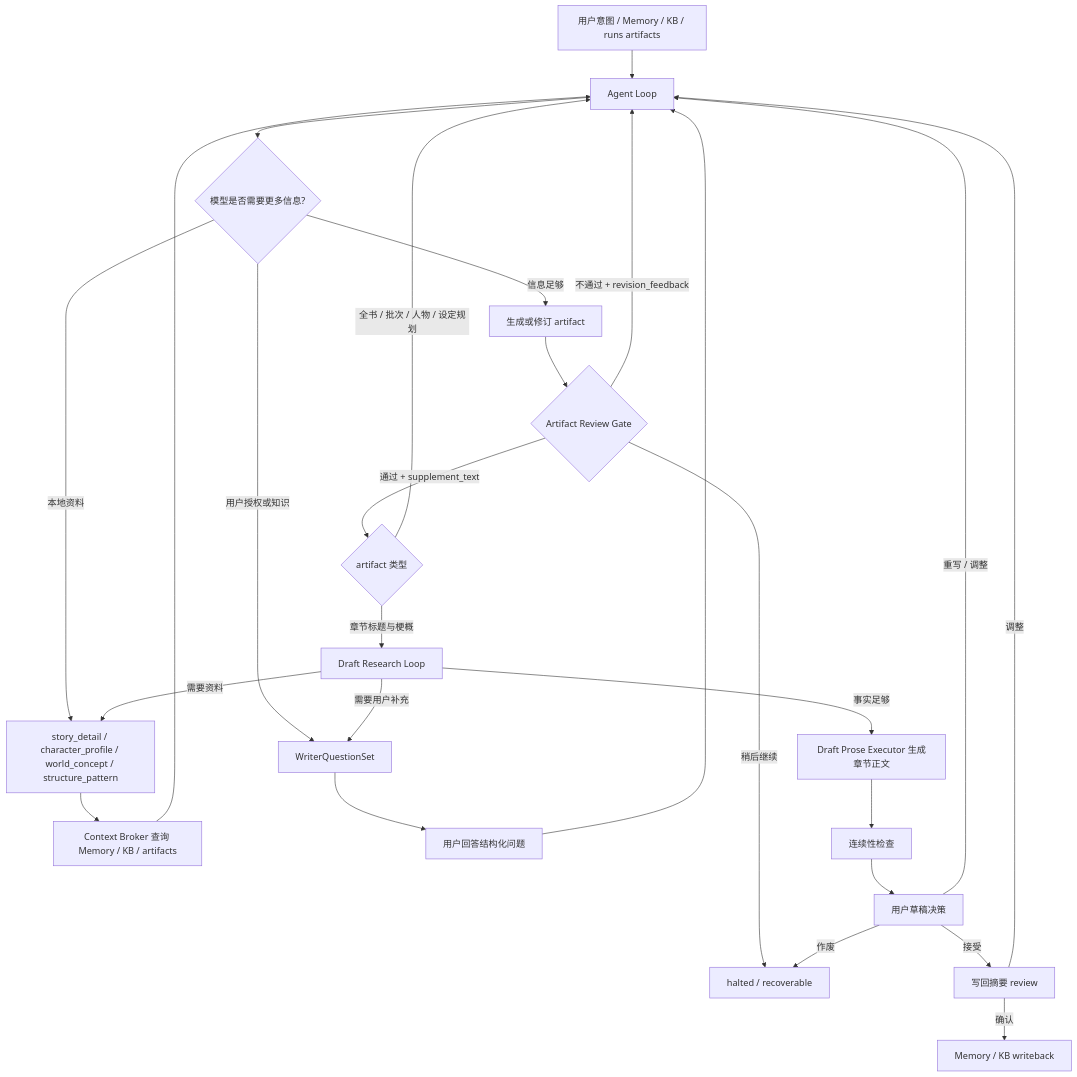
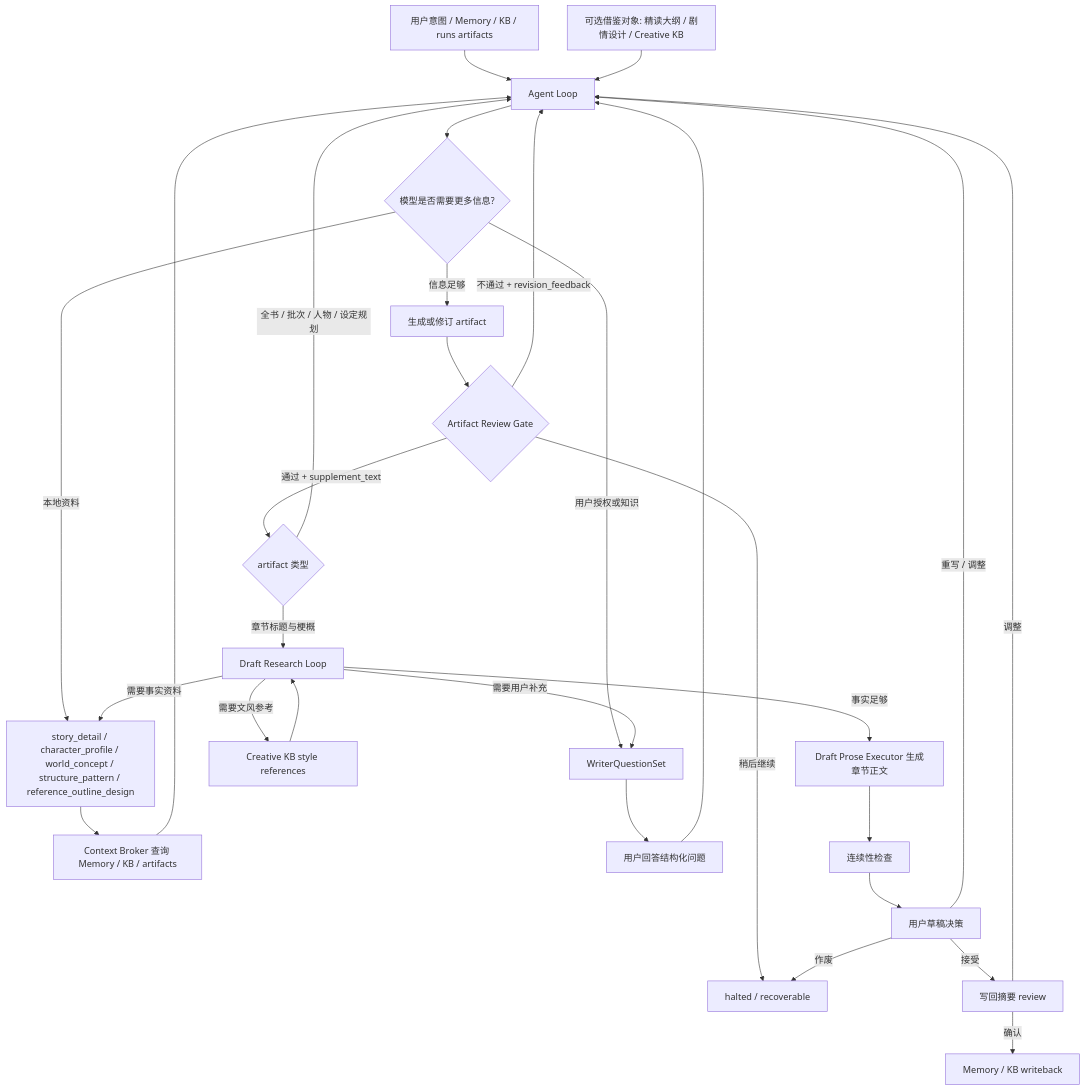
Before and after one commit to xxs-wallace/novel-agent: the diagram in .trae/specs/writer-agent-layered-generation/design.md, drawn with Mermaid. The commit also changed other lines of this file and 69 other files, not shown here.

````diff
--- a/.trae/specs/writer-agent-layered-generation/design.md
+++ b/.trae/specs/writer-agent-layered-generation/design.md
@@ -55,28 +56,31 @@
 ```mermaid
 flowchart TD
     A["用户意图 / Memory / KB / runs artifacts"] --> B["Agent Loop"]
+    A2["可选借鉴对象: 精读大纲 / 剧情设计 / Creative KB"] --> B
     B --> C{"模型是否需要更多信息?"}
-    C -->|本地资料| D["story_detail / character_profile / world_concept / structure_pattern"]
+    C -->|本地资料| D["story_detail / character_profile / world_concept / structure_pattern / reference_outline_design"]
     D --> E["Context Broker 查询 Memory / KB / artifacts"]
     E --> B
     C -->|用户授权或知识| F["WriterQuestionSet"]
     F --> G["用户回答结构化问题"]
     G --> B
     C -->|信息足够| H["生成或修订 artifact"]
     H --> I{"Artifact Review Gate"}
     I -->|通过 + supplement_text| J{"artifact 类型"}
     I -->|不通过 + revision_feedback| B
     I -->|稍后继续| K["halted / recoverable"]
     J -->|全书 / 批次 / 人物 / 设定规划| B
     J -->|章节标题与梗概| L["Draft Research Loop"]
-    L -->|需要资料| D
+    L -->|需要事实资料| D
+    L -->|需要文风参考| R["Creative KB style references"]
+    R --> L
     L -->|需要用户补充| F
     L -->|事实足够| M["Draft Prose Executor 生成章节正文"]
     M --> N["连续性检查"]
     N --> O["用户草稿决策"]
     O -->|接受| P["写回摘要 review"]
     O -->|重写 / 调整| B
     O -->|作废| K
     P -->|确认| Q["Memory / KB writeback"]
     P -->|调整| B
 ```
````
